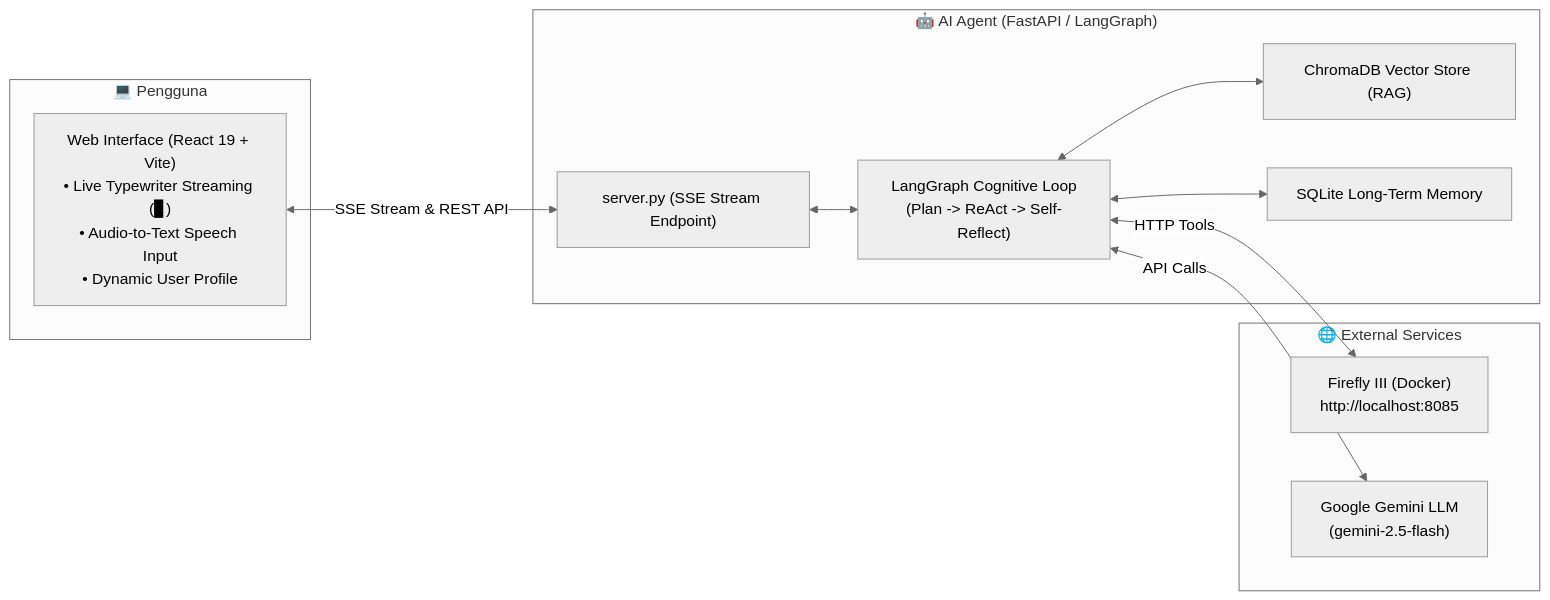
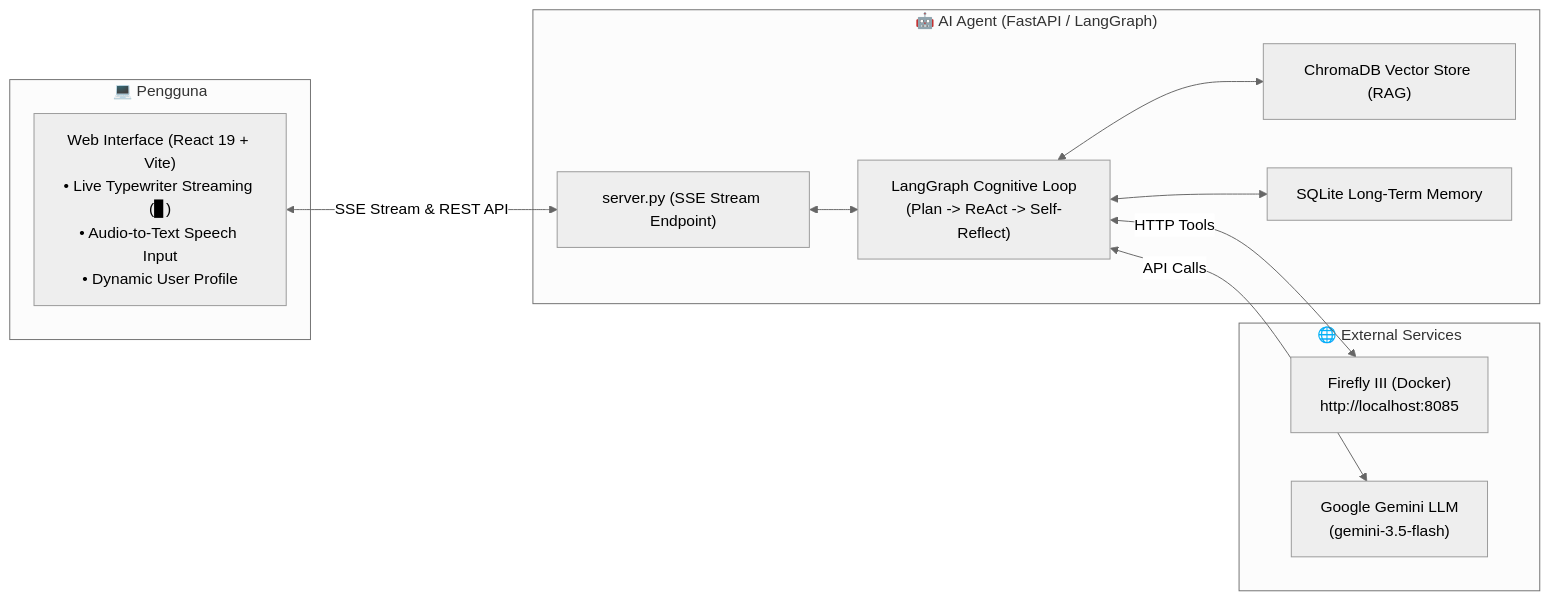
The diagram in README.md (Ozin-kun/FireflyIII-AIAgent), drawn with Mermaid (neutral theme) before and after one commit. The commit also changed other lines of this file, not shown here.

````diff
--- a/README.md
+++ b/README.md
@@ -35,25 +35,25 @@
 ```mermaid
 flowchart LR
     subgraph Client["💻 Pengguna"]
         WebUI["Web Interface (React 19 + Vite)\n• Live Typewriter Streaming (▊)\n• Audio-to-Text Speech Input\n• Dynamic User Profile"]
     end
 
     subgraph Backend["🤖 AI Agent (FastAPI / LangGraph)"]
         Server["server.py (SSE Stream Endpoint)"]
         Planner["LangGraph Cognitive Loop\n(Plan -> ReAct -> Self-Reflect)"]
         RAG["ChromaDB Vector Store (RAG)"]
         Memory["SQLite Long-Term Memory"]
     end
 
     subgraph External["🌐 External Services"]
         Firefly["Firefly III (Docker)\nhttp://localhost:8085"]
-        Gemini["Google Gemini LLM\n(gemini-2.5-flash)"]
+        Gemini["Google Gemini LLM\n(gemini-3.5-flash)"]
     end
 
     WebUI <-->|SSE Stream & REST API| Server
     Server <--> Planner
     Planner <--> RAG
     Planner <--> Memory
     Planner <-->|HTTP Tools| Firefly
     Planner <-->|API Calls| Gemini
 ```
````
